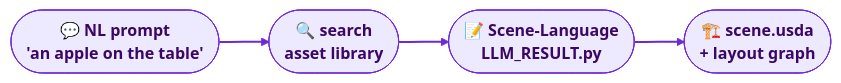
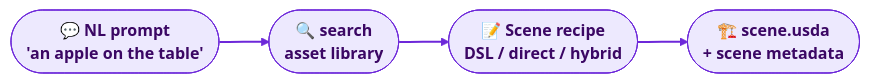
Before and after one commit to AgibotTech/genie_sim: the sixth of 9 diagrams in README.md, drawn with Mermaid (forest theme). The commit also changed other lines of this file and 3151 other files, not shown here.

First line of the commit message:
feat(scene-agent): integrate scene authoring and task skill library

````diff
--- a/README.md
+++ b/README.md
@@ -172,7 +172,7 @@
 ```mermaid
 flowchart LR
-  nl(["💬 NL prompt<br/>'an apple on the table'"]) ==> assets(["🔍 search<br/>asset library"]) ==> dsl(["📝 Scene-Language<br/>LLM_RESULT.py"]) ==> usda(["🏗️ scene.usda<br/>+ layout graph"])
+  nl(["💬 NL prompt<br/>'an apple on the table'"]) ==> assets(["🔍 search<br/>asset library"]) ==> dsl(["📝 Scene recipe<br/>DSL / direct / hybrid"]) ==> usda(["🏗️ scene.usda<br/>+ scene metadata"])
   classDef step fill:#ede9fe,stroke:#6d28d9,color:#3b0764,font-weight:bold
   class nl,assets,dsl,usda step
   linkStyle 0,1,2 stroke:#6d28d9,stroke-width:2px
 ```
````
